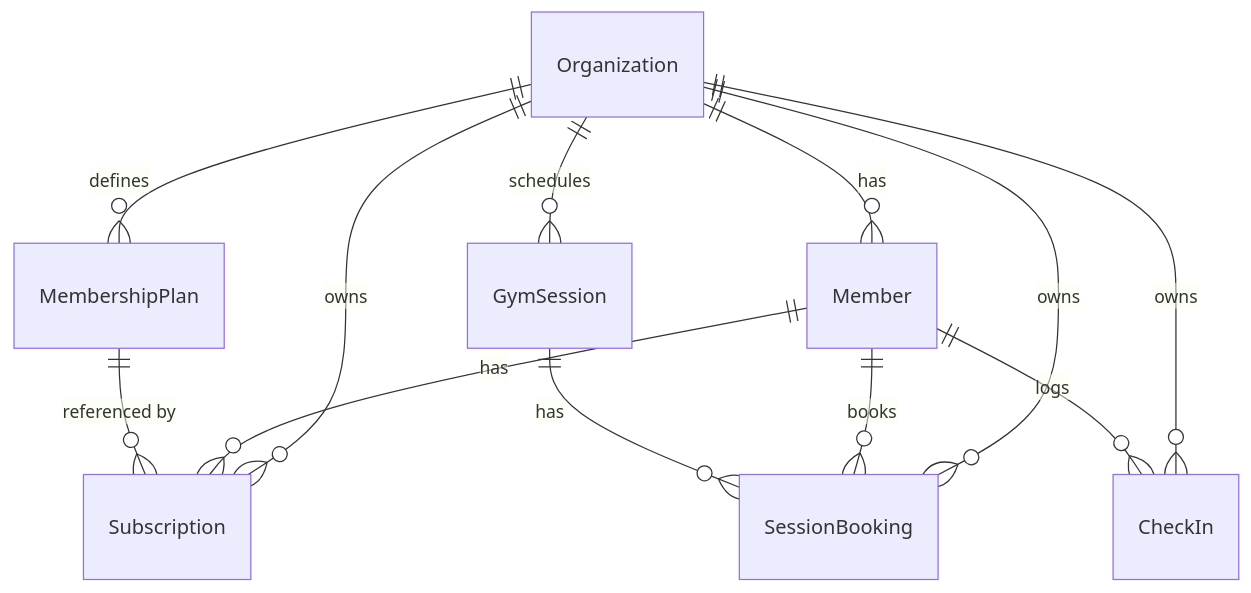
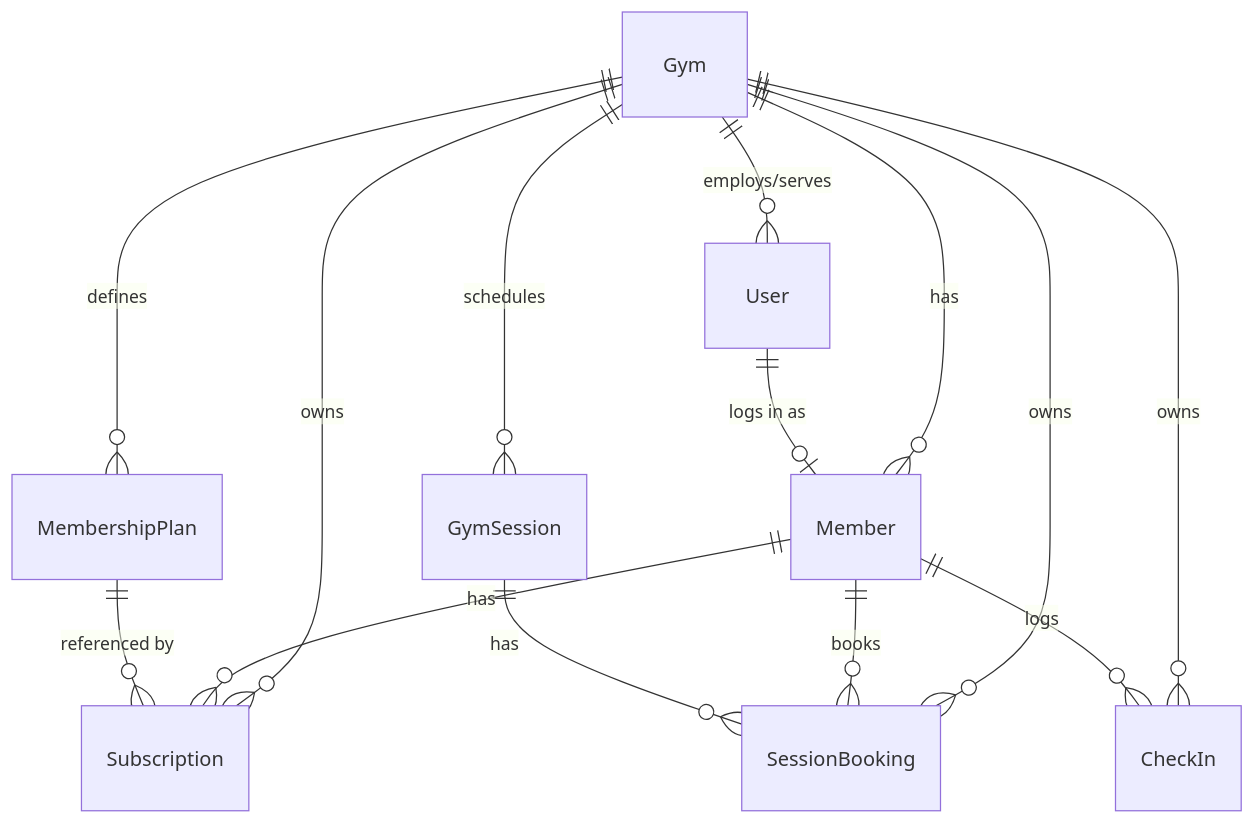
The diagram in docs/schema-overview.md (chrisshaddad/bootcamp-starter), drawn with Mermaid before and after one commit. The commit also changed other lines of this file and 8 other files, not shown here.

Commit message:
docs: rename Organization to Gym, add member portal, and phased progress tracking, update the plan file

````diff
--- a/docs/schema-overview.md
+++ b/docs/schema-overview.md
@@ -9,17 +9,20 @@
 ```mermaid
 erDiagram
-    Organization ||--o{ Member : "has"
-    Organization ||--o{ MembershipPlan : "defines"
-    Organization ||--o{ Subscription : "owns"
-    Organization ||--o{ GymSession : "schedules"
-    Organization ||--o{ SessionBooking : "owns"
-    Organization ||--o{ CheckIn : "owns"
+    Gym ||--o{ Member : "has"
+    Gym ||--o{ MembershipPlan : "defines"
+    Gym ||--o{ Subscription : "owns"
+    Gym ||--o{ GymSession : "schedules"
+    Gym ||--o{ SessionBooking : "owns"
+    Gym ||--o{ CheckIn : "owns"
+    Gym ||--o{ User : "employs/serves"
+
+    User ||--o| Member : "logs in as"
 
     Member ||--o{ Subscription : "has"
     Member ||--o{ SessionBooking : "books"
     Member ||--o{ CheckIn : "logs"
 
     MembershipPlan ||--o{ Subscription : "referenced by"
 
     GymSession ||--o{ SessionBooking : "has"
 ```
````
